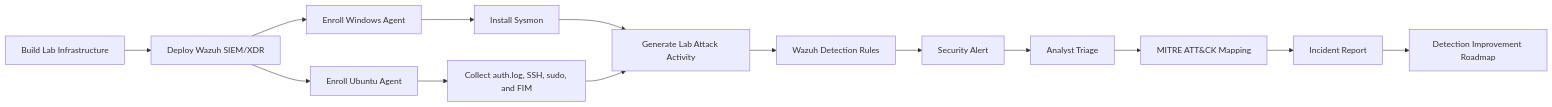
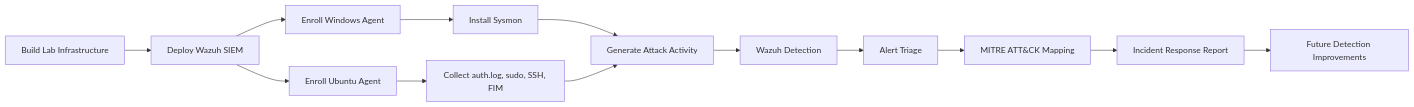
The first of 9 diagrams in README.md (Jazz00001/enterprise-soc-lab-wazuh-mitre-detection), drawn with Mermaid before and after one commit. The commit also changed other lines of this file, not shown here.

````diff
--- a/README.md
+++ b/README.md
@@ -108,16 +106,15 @@
 ```mermaid
 flowchart LR
-    A[Build Lab Infrastructure] --> B[Deploy Wazuh SIEM/XDR]
+    A[Build Lab Infrastructure] --> B[Deploy Wazuh SIEM]
     B --> C[Enroll Windows Agent]
     B --> D[Enroll Ubuntu Agent]
     C --> E[Install Sysmon]
-    D --> F[Collect auth.log, SSH, sudo, and FIM]
-    E --> G[Generate Lab Attack Activity]
+    D --> F[Collect auth.log, sudo, SSH, FIM]
+    E --> G[Generate Attack Activity]
     F --> G
-    G --> H[Wazuh Detection Rules]
-    H --> I[Security Alert]
-    I --> J[Analyst Triage]
-    J --> K[MITRE ATT&CK Mapping]
-    K --> L[Incident Report]
-    L --> M[Detection Improvement Roadmap]
+    G --> H[Wazuh Detection]
+    H --> I[Alert Triage]
+    I --> J[MITRE ATT&CK Mapping]
+    J --> K[Incident Response Report]
+    K --> L[Future Detection Improvements]
 ```
````
